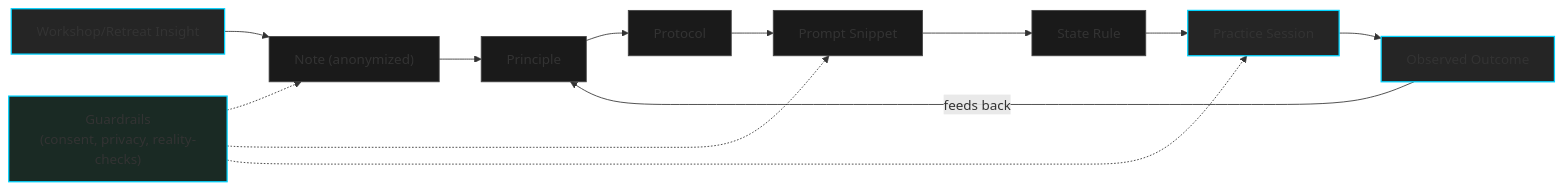
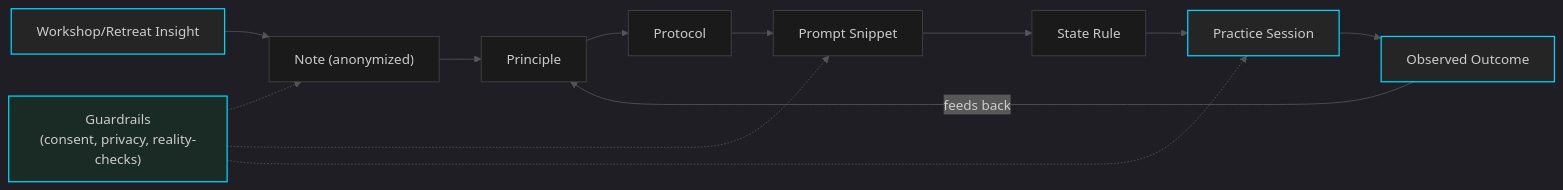
One commit to tristochief/TantraI2 changed the diagram in diagrams/tis_10_diagrams/09_traceability_lineage.md. Above: the diagram before and after it, drawn with Mermaid. The commit also changed 11 other files, not shown here.

First line of the commit message:
Use Mermaid dark theme for GitHub (subgraphs + light text)

````diff
--- a/diagrams/tis_10_diagrams/09_traceability_lineage.md
+++ b/diagrams/tis_10_diagrams/09_traceability_lineage.md
@@ -1,13 +1,13 @@
 ```mermaid
-%%{init: {'theme': 'base', 'themeVariables': { 'primaryColor': '#1a1a1a', 'primaryTextColor': '#e5e5e5', 'primaryBorderColor': '#2d2d2d', 'lineColor': '#444', 'secondaryColor': '#252525', 'tertiaryColor': '#161616', 'background': '#0d0d0d', 'mainBkg': '#1a1a1a', 'secondBkg': '#252525', 'clusterBkg': '#161616', 'clusterBorder': '#333', 'titleColor': '#e5e5e5', 'fontFamily': 'Inter, "Segoe UI", system-ui, sans-serif', 'fontSize': '14px' }}}%%
+%%{init: {'theme': 'dark', 'themeVariables': { 'primaryTextColor': '#e5e5e5', 'primaryColor': '#1a1a1a', 'primaryBorderColor': '#444', 'lineColor': '#555', 'clusterBkg': '#1a1a1a', 'clusterBorder': '#333', 'titleColor': '#e5e5e5', 'background': '#0d0d0d', 'mainBkg': '#1a1a1a' }}}%%
 flowchart LR
   classDef glow fill:#252525,stroke:#00d4ff,stroke-width:1.5px;
   classDef core fill:#1a1a1a,stroke:#444,stroke-width:1px;
   classDef guard fill:#1a2a24,stroke:#00d4ff,stroke-width:1.5px;
 
   L["Workshop/Retreat Insight"]:::glow --> N["Note (anonymized)"]:::core --> P["Principle"]:::core --> R["Protocol"]:::core --> Q["Prompt Snippet"]:::core --> S["State Rule"]:::core --> X["Practice Session"]:::glow --> O["Observed Outcome"]:::glow
   G["Guardrails<br/>(consent, privacy, reality-checks)"]:::guard -.-> N
   G -.-> Q
   G -.-> X
   O -->|feeds back| P
 ```
````
